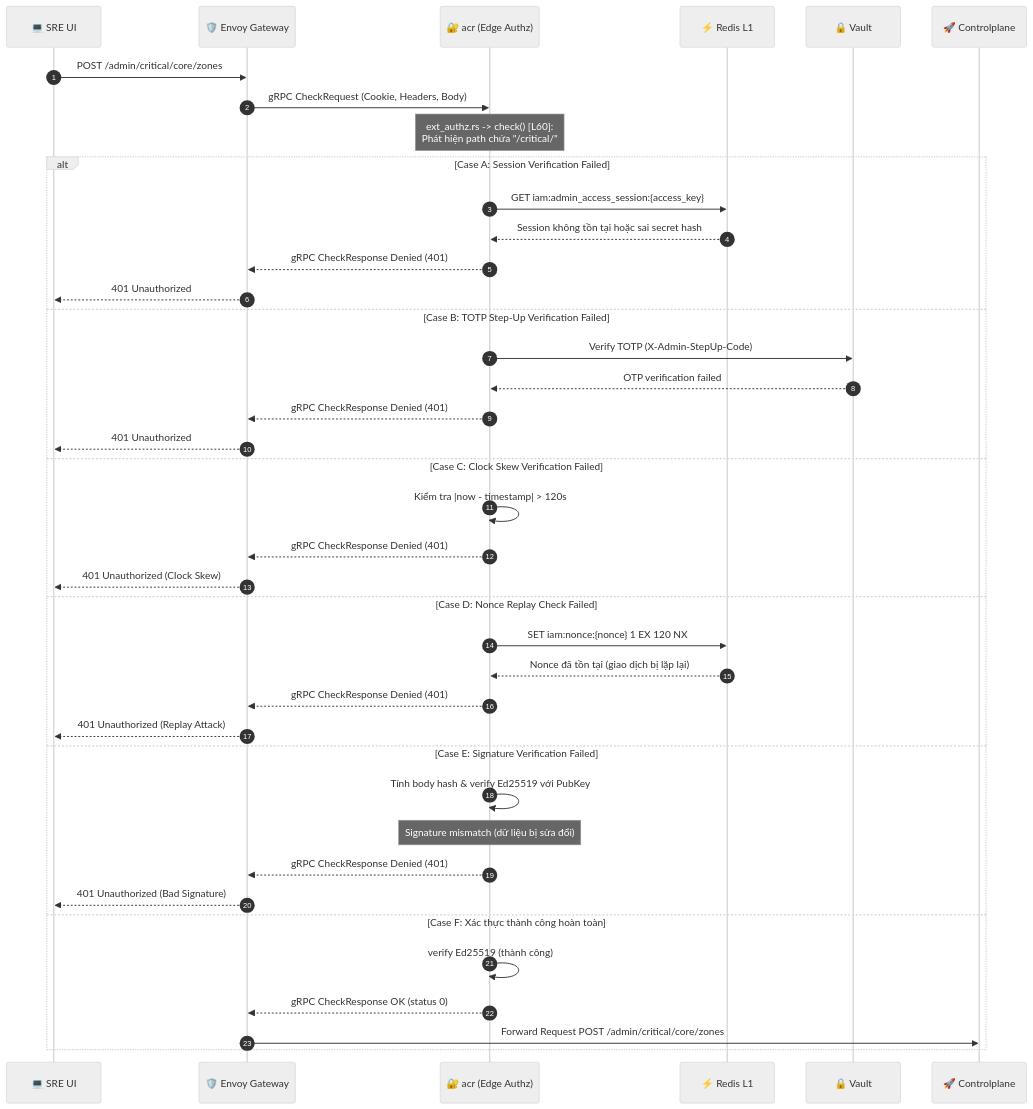
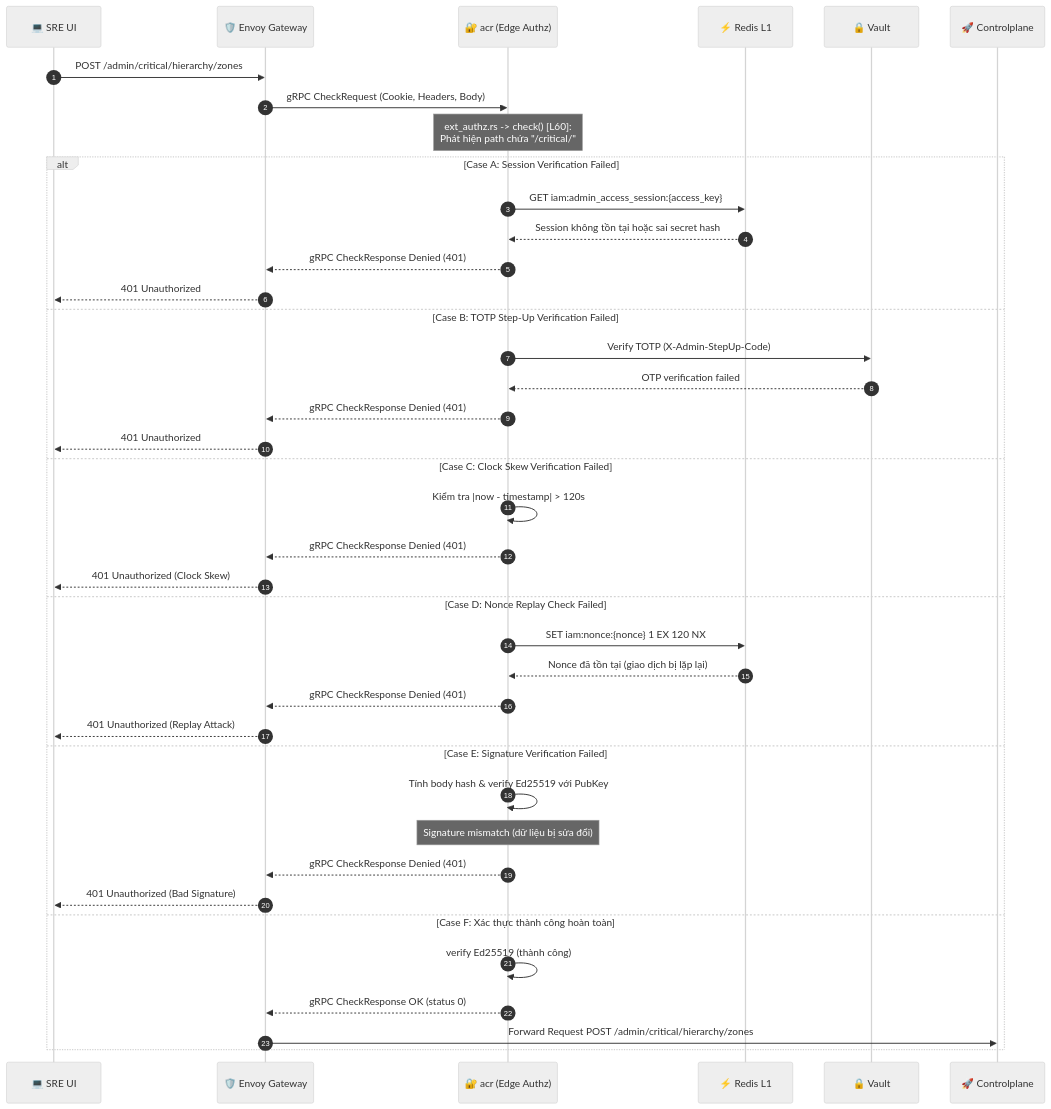
The third of 22 diagrams in god_view/hierarchy/zone_lifecycle_god_view.md (phucle996/aurora), drawn with Mermaid (neutral theme) before and after one commit. The commit also changed other lines of this file and 76 other files, not shown here.

````diff
--- a/god_view/hierarchy/zone_lifecycle_god_view.md
+++ b/god_view/hierarchy/zone_lifecycle_god_view.md
@@ -163,45 +256,45 @@
 ```mermaid
 sequenceDiagram
     autonumber
     participant UI as 💻 SRE UI
     participant Envoy as 🛡️ Envoy Gateway
     participant ACR as 🔐 acr (Edge Authz)
     participant Redis as ⚡ Redis L1
     participant Vault as 🔒 Vault
     participant CP as 🚀 Controlplane
 
-    UI->>Envoy: POST /admin/critical/core/zones
+    UI->>Envoy: POST /admin/critical/hierarchy/zones
     Envoy->>ACR: gRPC CheckRequest (Cookie, Headers, Body)
 
     Note over ACR: ext_authz.rs -> check() [L60]:<br/>Phát hiện path chứa "/critical/"
 
     alt Case A: Session Verification Failed
         ACR->>Redis: GET iam:admin_access_session:{access_key}
         Redis-->>ACR: Session không tồn tại hoặc sai secret hash
         ACR-->>Envoy: gRPC CheckResponse Denied (401)
         Envoy-->>UI: 401 Unauthorized
     else Case B: TOTP Step-Up Verification Failed
         ACR->>Vault: Verify TOTP (X-Admin-StepUp-Code)
         Vault-->>ACR: OTP verification failed
         ACR-->>Envoy: gRPC CheckResponse Denied (401)
         Envoy-->>UI: 401 Unauthorized
     else Case C: Clock Skew Verification Failed
         ACR->>ACR: Kiểm tra |now - timestamp| > 120s
         ACR-->>Envoy: gRPC CheckResponse Denied (401)
         Envoy-->>UI: 401 Unauthorized (Clock Skew)
     else Case D: Nonce Replay Check Failed
         ACR->>Redis: SET iam:nonce:{nonce} 1 EX 120 NX
         Redis-->>ACR: Nonce đã tồn tại (giao dịch bị lặp lại)
         ACR-->>Envoy: gRPC CheckResponse Denied (401)
         Envoy-->>UI: 401 Unauthorized (Replay Attack)
     else Case E: Signature Verification Failed
         ACR->>ACR: Tính body hash & verify Ed25519 với PubKey
         Note over ACR: Signature mismatch (dữ liệu bị sửa đổi)
         ACR-->>Envoy: gRPC CheckResponse Denied (401)
         Envoy-->>UI: 401 Unauthorized (Bad Signature)
     else Case F: Xác thực thành công hoàn toàn
         ACR->>ACR: verify Ed25519 (thành công)
         ACR-->>Envoy: gRPC CheckResponse OK (status 0)
-        Envoy->>CP: Forward Request POST /admin/critical/core/zones
+        Envoy->>CP: Forward Request POST /admin/critical/hierarchy/zones
     end
 ```
````
